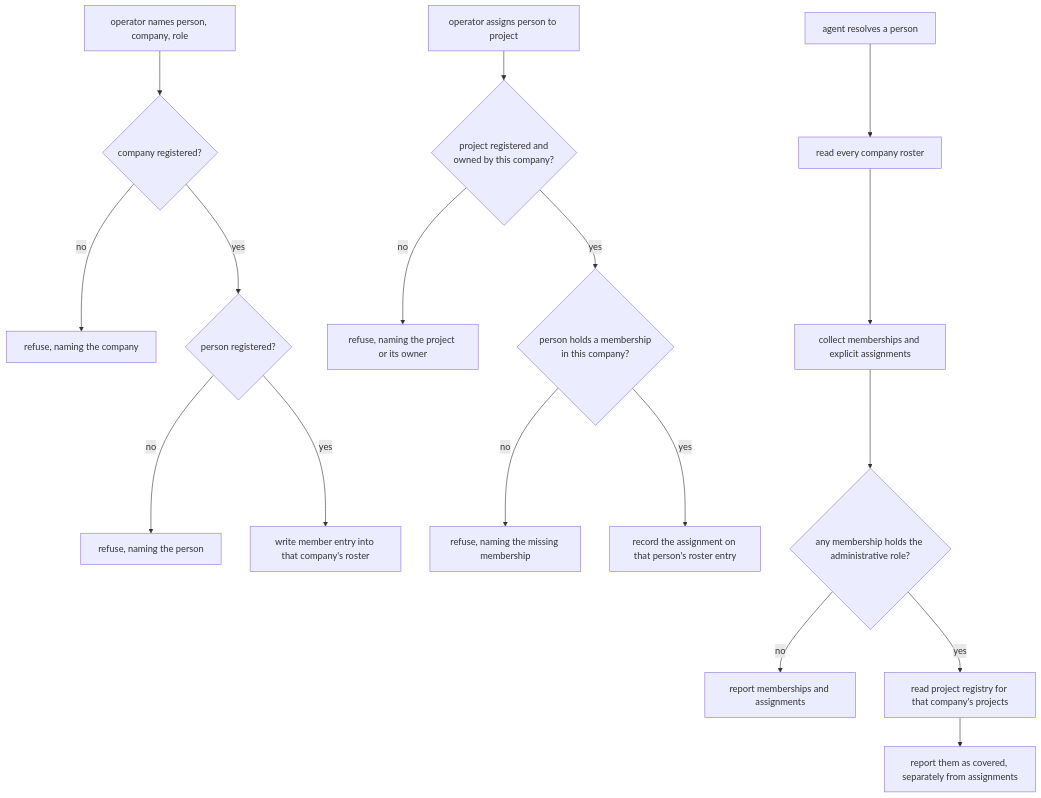
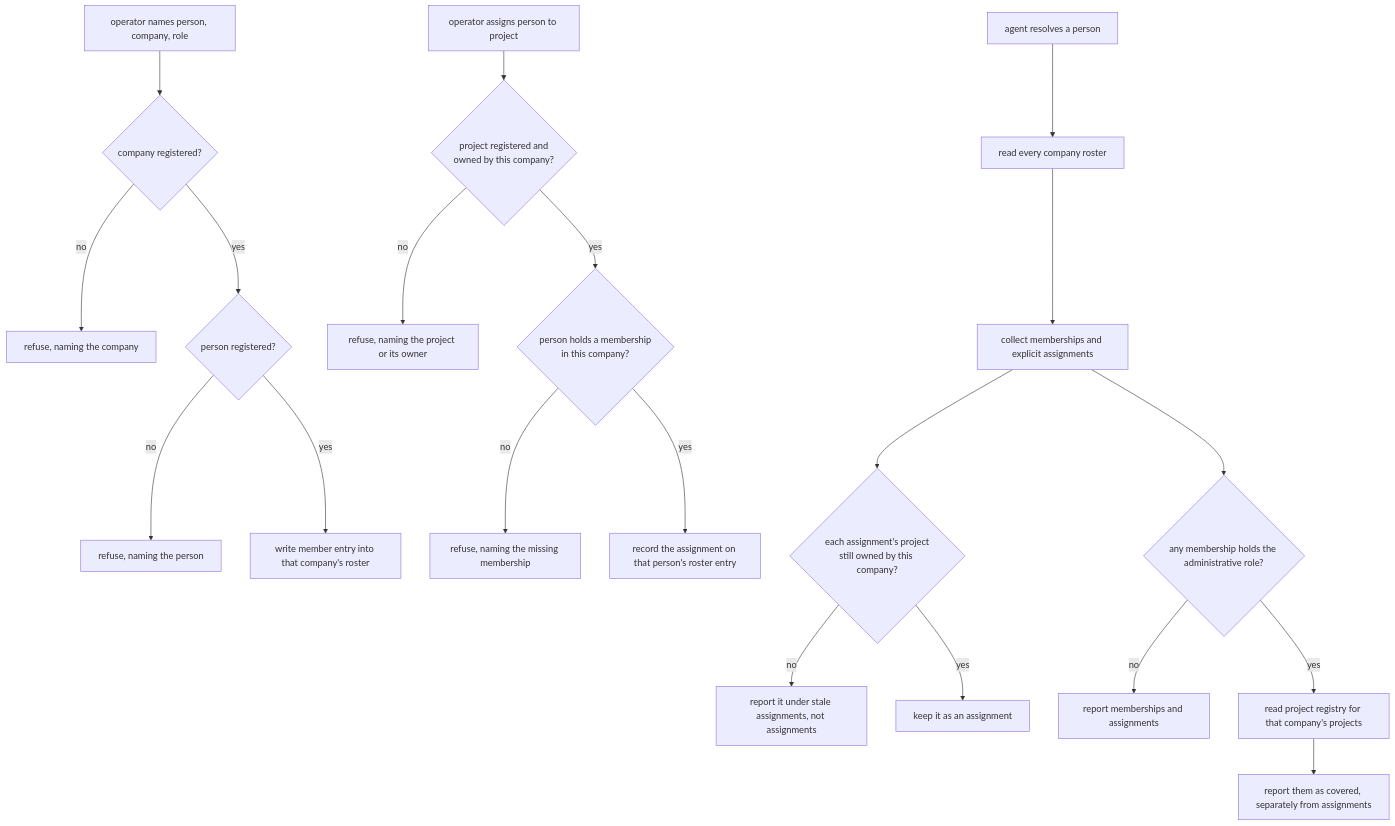
One commit to InstruktAI/TeleClaude changed the diagram in docs/project/design/architecture/organizational-membership.md. Above: the diagram before and after it, drawn with Mermaid. The commit also changed other lines of this file and 2 other files, not shown here.

First line of the commit message:
docs(config): stale-assignment output channel; no-migration stated consistently; wizard inventory drops company layer

````diff
--- a/docs/project/design/architecture/organizational-membership.md
+++ b/docs/project/design/architecture/organizational-membership.md
@@ -132,21 +133,24 @@
 ```mermaid
 flowchart TD
     A[operator names person, company, role] --> B{company registered?}
     B -- no --> R1[refuse, naming the company]
     B -- yes --> C{person registered?}
     C -- no --> R2[refuse, naming the person]
     C -- yes --> D[write member entry into that company's roster]
 
     E[operator assigns person to project] --> F{project registered and<br/>owned by this company?}
     F -- no --> R3[refuse, naming the project or its owner]
     F -- yes --> Q{person holds a membership<br/>in this company?}
     Q -- no --> R4[refuse, naming the missing membership]
     Q -- yes --> G[record the assignment on that person's roster entry]
 
     I[agent resolves a person] --> J[read every company roster]
     J --> K[collect memberships and explicit assignments]
+    K --> S{each assignment's project<br/>still owned by this company?}
+    S -- no --> T[report it under stale assignments, not assignments]
+    S -- yes --> K2[keep it as an assignment]
     K --> L{any membership holds the administrative role?}
     L -- no --> M[report memberships and assignments]
     L -- yes --> N[read project registry for that company's projects]
     N --> O[report them as covered, separately from assignments]
 ```
````
